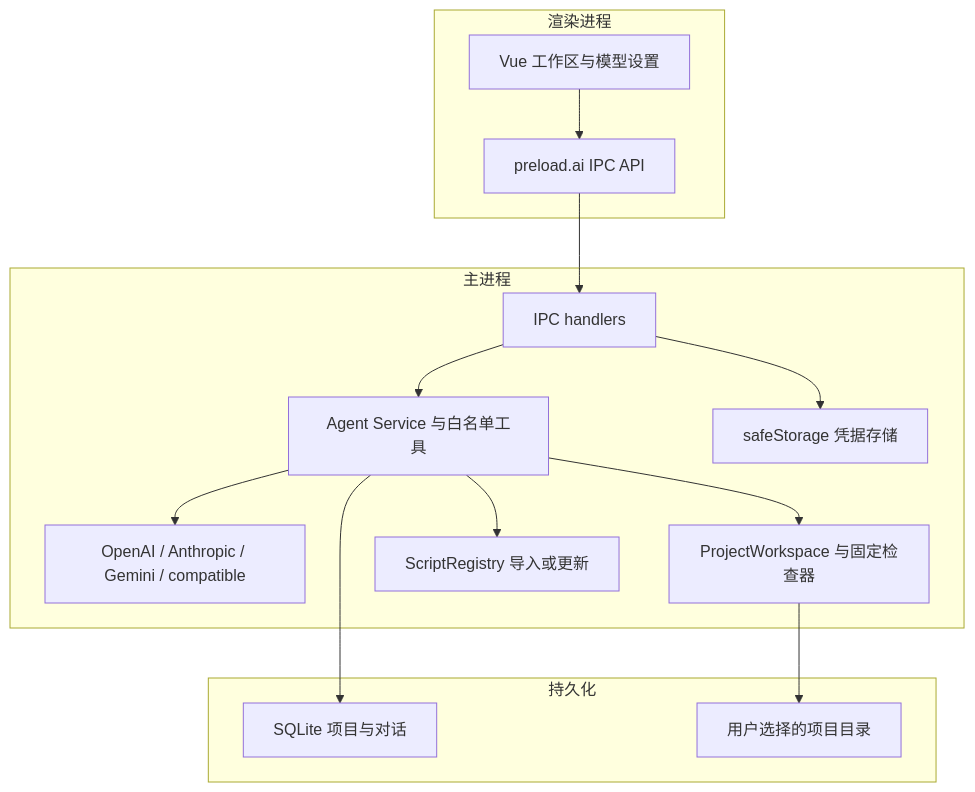
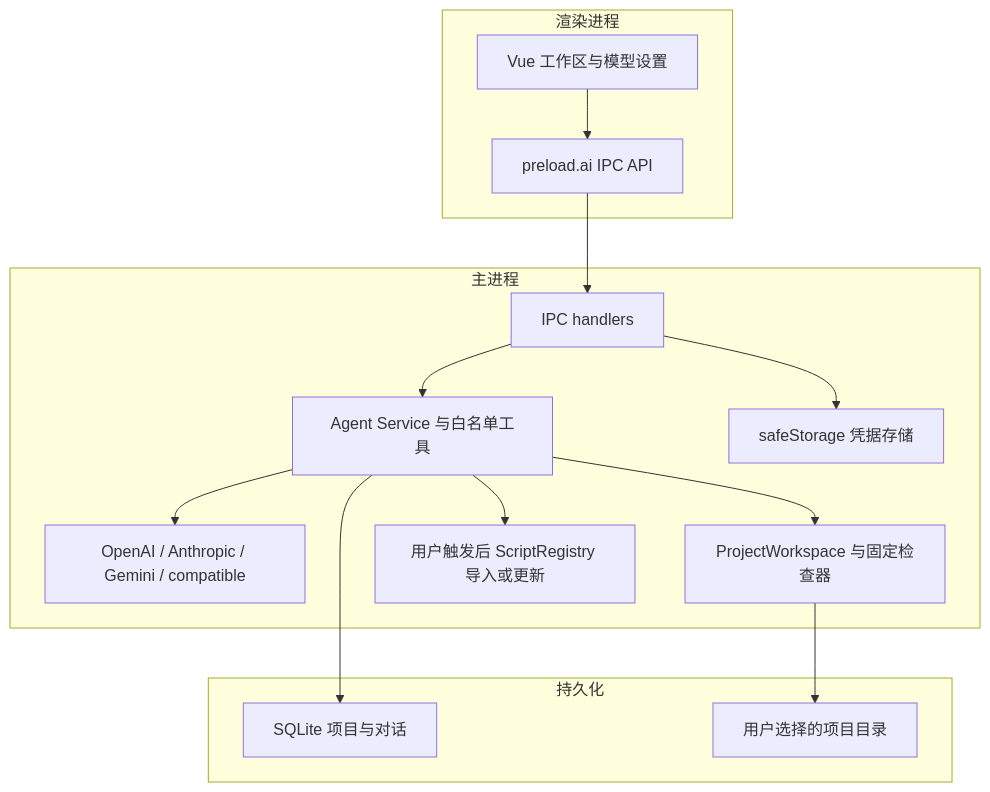
Before and after one commit to Tianyu201809/autoforge: the diagram in docs/features/ai-agent-workspace.md, drawn with Mermaid. The commit also changed other lines of this file and 6 other files, not shown here.

````diff
--- a/docs/features/ai-agent-workspace.md
+++ b/docs/features/ai-agent-workspace.md
@@ -52,27 +54,27 @@
 ```mermaid
 flowchart TB
   subgraph UI["渲染进程"]
     Views["Vue 工作区与模型设置"]
     Preload["preload.ai IPC API"]
   end
   subgraph Main["主进程"]
     Handlers["IPC handlers"]
     Agent["Agent Service 与白名单工具"]
     Providers["OpenAI / Anthropic / Gemini / compatible"]
     Files["ProjectWorkspace 与固定检查器"]
-    Registry["ScriptRegistry 导入或更新"]
+    Registry["用户触发后 ScriptRegistry 导入或更新"]
     Credentials["safeStorage 凭据存储"]
   end
   subgraph Storage["持久化"]
     Database["SQLite 项目与对话"]
     ProjectFiles["用户选择的项目目录"]
   end
   Views --> Preload --> Handlers
   Handlers --> Agent
   Agent --> Providers
   Agent --> Files
   Agent --> Registry
   Agent --> Database
   Files --> ProjectFiles
   Handlers --> Credentials
 ```
````
